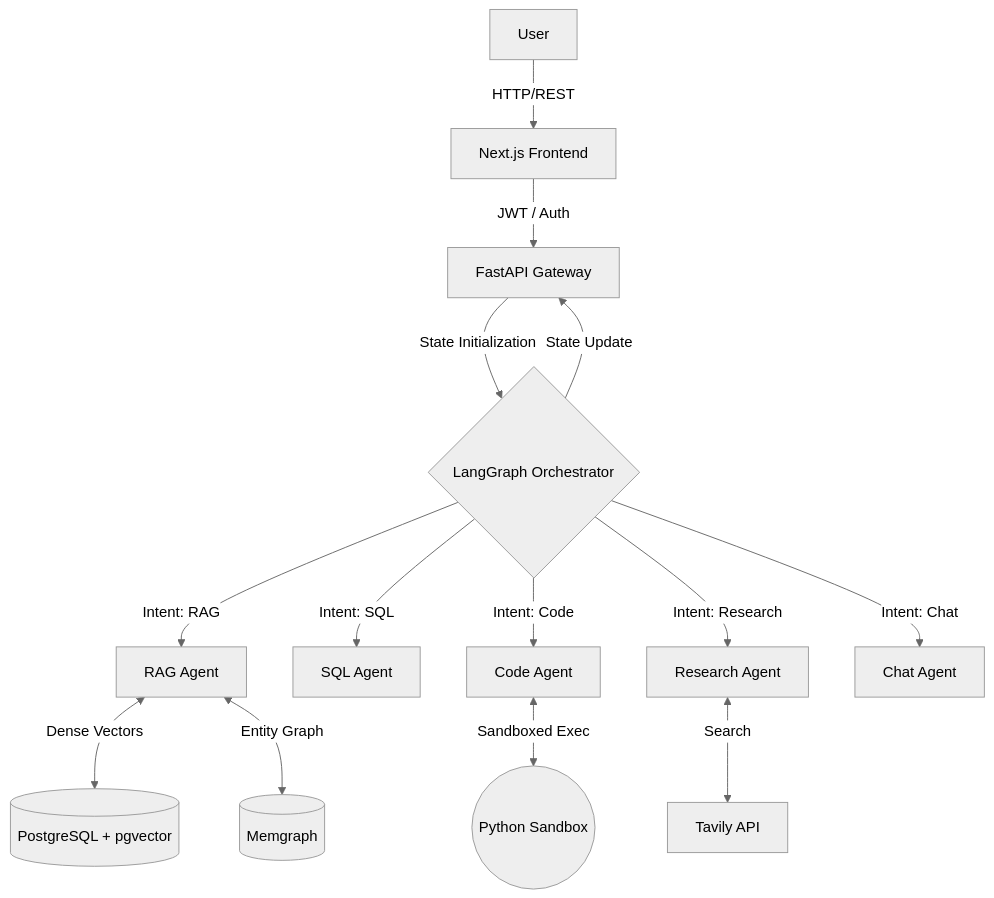
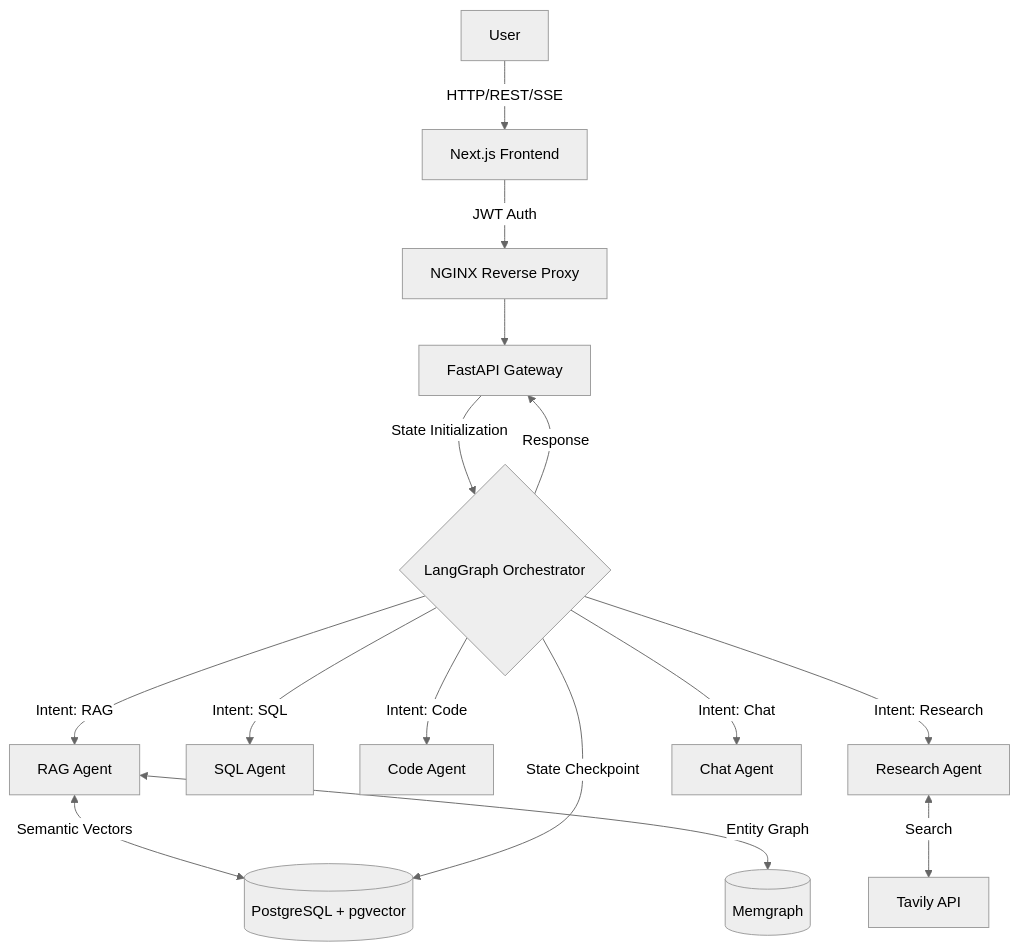
One commit to Harsh-Sharma29/AgenticFlow changed the diagram in README.md. Above: the diagram before and after it, drawn with Mermaid (neutral theme). The commit also changed other lines of this file, not shown here.

Commit message:
docs: completely rewrite README for recruiter readiness and architecture accuracy

````diff
--- a/README.md
+++ b/README.md
@@ -40,22 +32,22 @@
 ```mermaid
 graph TD
-    User -->|HTTP/REST| UI[Next.js Frontend]
-    UI -->|JWT / Auth| API[FastAPI Gateway]
+    User -->|HTTP/REST/SSE| UI[Next.js Frontend]
+    UI -->|JWT Auth| NGINX[NGINX Reverse Proxy]
+    NGINX --> API[FastAPI Gateway]
     
     API -->|State Initialization| Router{LangGraph Orchestrator}
     
     Router -->|Intent: RAG| RAG[RAG Agent]
     Router -->|Intent: SQL| SQL[SQL Agent]
     Router -->|Intent: Code| Code[Code Agent]
     Router -->|Intent: Research| Web[Research Agent]
     Router -->|Intent: Chat| Chat[Chat Agent]
     
-    RAG <-->|Dense Vectors| PG[(PostgreSQL + pgvector)]
+    RAG <-->|Semantic Vectors| PG[(PostgreSQL + pgvector)]
     RAG <-->|Entity Graph| MG[(Memgraph)]
     
     Web <-->|Search| Tavily[Tavily API]
     
-    Code <-->|Sandboxed Exec| Sandbox((Python Sandbox))
-    
-    Router -->|State Update| API
+    Router -->|State Checkpoint| PG
+    Router -->|Response| API
 ```
````
